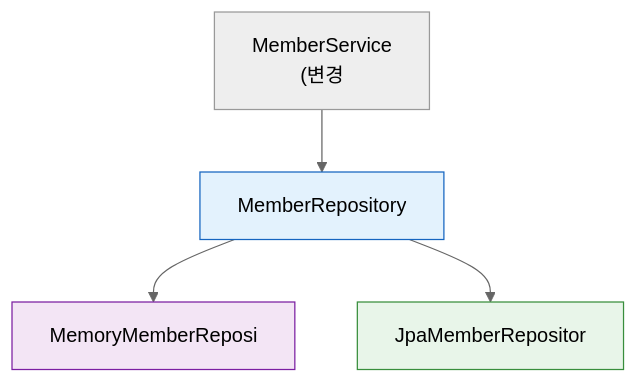
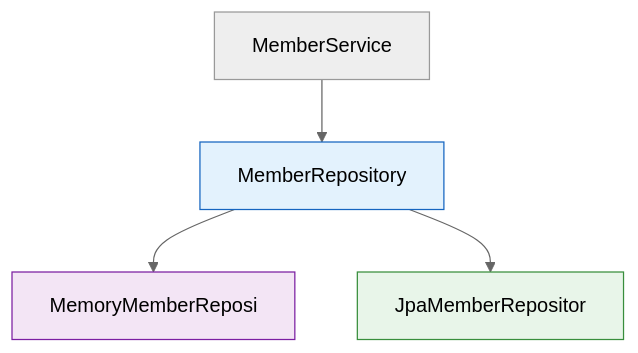
One commit to yjkim2015/yjkim2015.github.io changed the fifth of 5 diagrams in _posts/springboot/2021-05-30-springboot-회원 관리 예제.md. Above: the diagram before and after it, drawn with Mermaid (neutral theme). The commit also changed other lines of this file and 217 other files, not shown here.

First line of the commit message:
Mermaid 크기 수정: useMaxWidth:true + SVG max-width:100% + 라벨 축소

````diff
--- a/_posts/springboot/2021-05-30-springboot-회원 관리 예제.md
+++ b/_posts/springboot/2021-05-30-springboot-회원 관리 예제.md
@@ -394,13 +394,13 @@
 ```mermaid
 graph TD
-    SVC["MemberService\n(변경"]
-    IFACE["MemberRepository\n"]
+    SVC["MemberService"]
+    IFACE["MemberRepository"]
     MEM["MemoryMemberReposi"]
     JPA["JpaMemberRepositor"]
     SVC --> IFACE
     IFACE --> MEM
     IFACE --> JPA
     style IFACE fill:#e3f2fd,stroke:#1565c0
     style MEM fill:#f3e5f5,stroke:#7b1fa2
     style JPA fill:#e8f5e9,stroke:#388e3c
 ```
````
